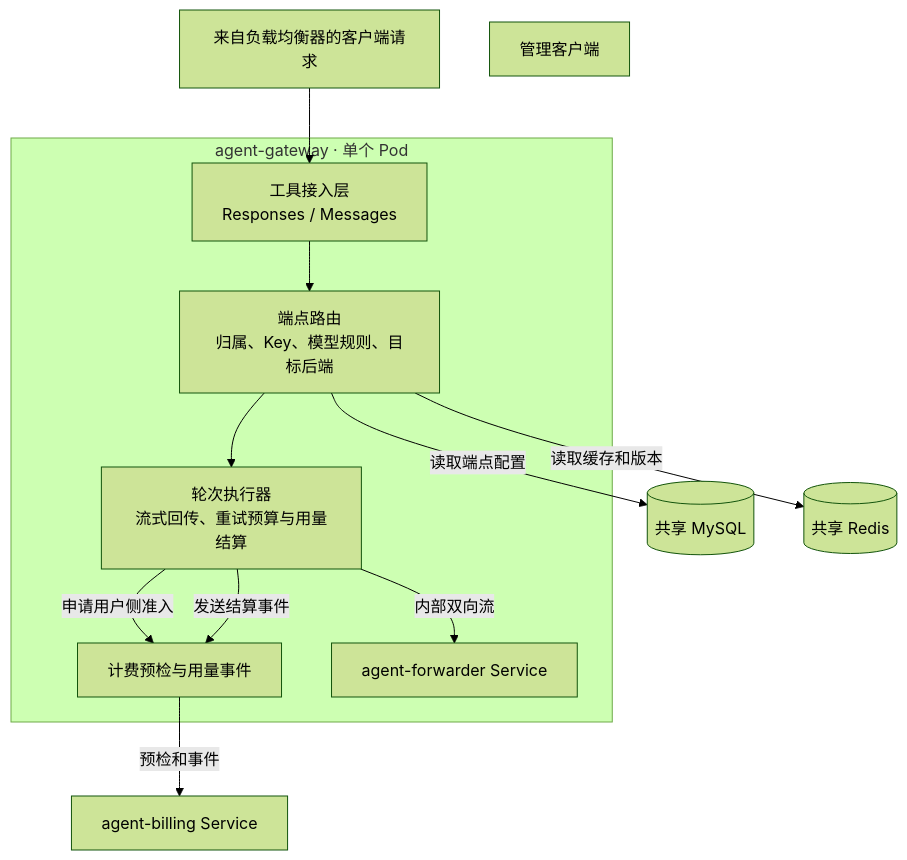
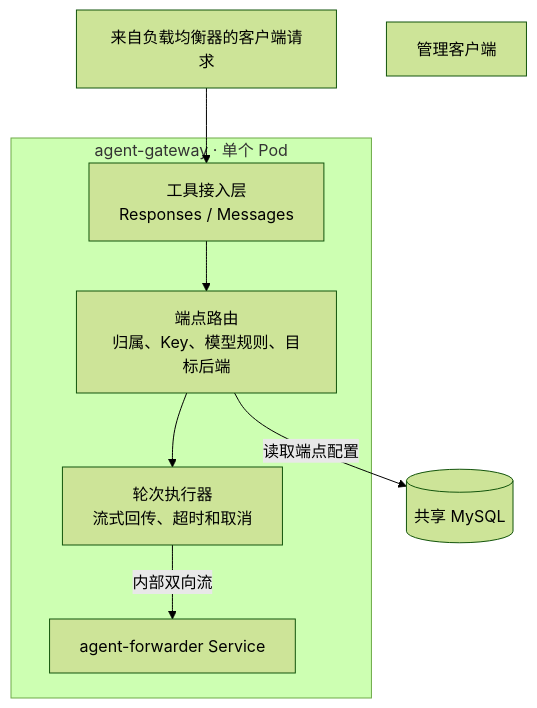
The second of 4 diagrams in docs/architecture.md (tsxuehu/agent-proxy), drawn with Mermaid (forest theme) before and after one commit. The commit also changed other lines of this file and 46 other files, not shown here.

````diff
--- a/docs/architecture.md
+++ b/docs/architecture.md
@@ -112,22 +103,17 @@
 ```mermaid
 flowchart TB
     LB["来自负载均衡器的客户端请求"]
     Admin["管理客户端"]
 
     subgraph Replica["agent-gateway · 单个 Pod"]
         Ingress["工具接入层<br/>Responses / Messages"]
         Routes["端点路由<br/>归属、Key、模型规则、目标后端"]
-        Runner["轮次执行器<br/>流式回传、重试预算与用量结算"]
-        Admission["计费预检与用量事件"]
+        Runner["轮次执行器<br/>流式回传、超时和取消"]
 
         Ingress --> Routes --> Runner
-        Runner -->|申请用户侧准入| Admission
         Runner -->|内部双向流| Forwarder["agent-forwarder Service"]
-        Runner -->|发送结算事件| Admission
     end
 
     LB --> Ingress
     Routes -->|读取端点配置| MySQL[("共享 MySQL")]
-    Routes -->|读取缓存和版本| Redis[("共享 Redis")]
-    Admission -->|预检和事件| Billing["agent-billing Service"]
 ```
````
